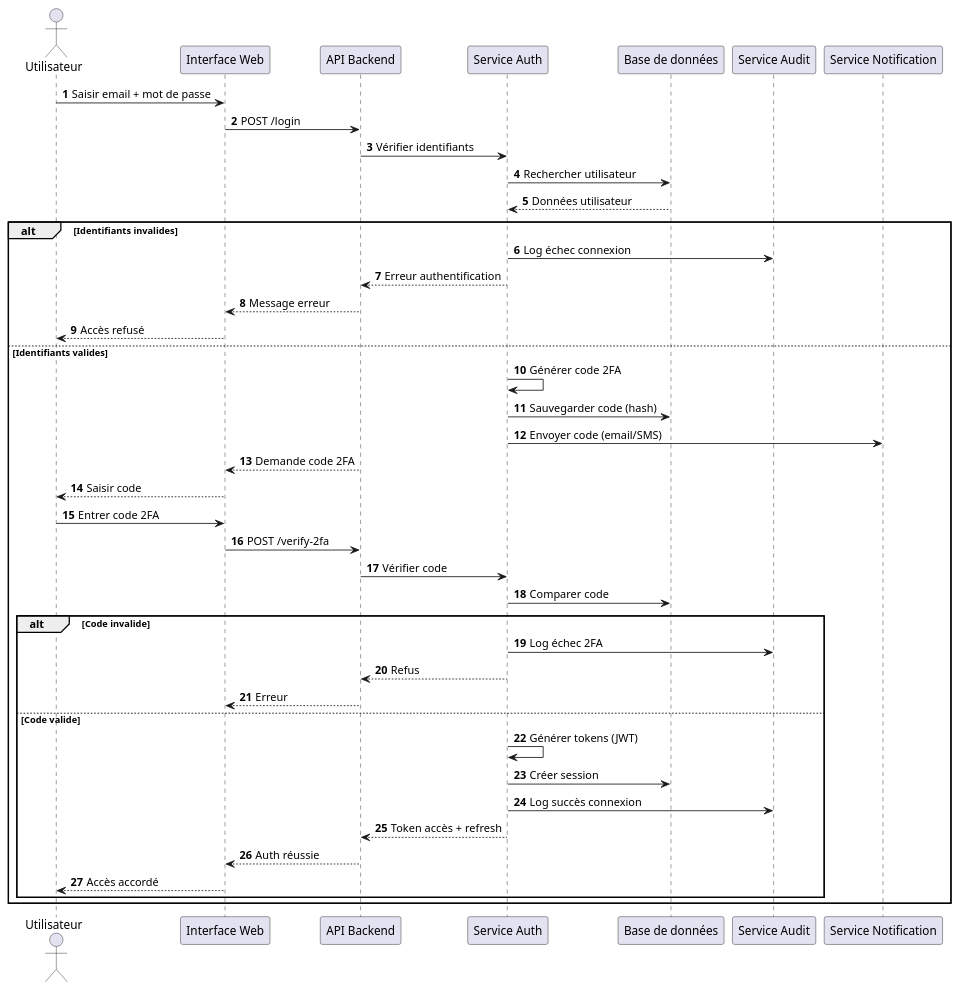
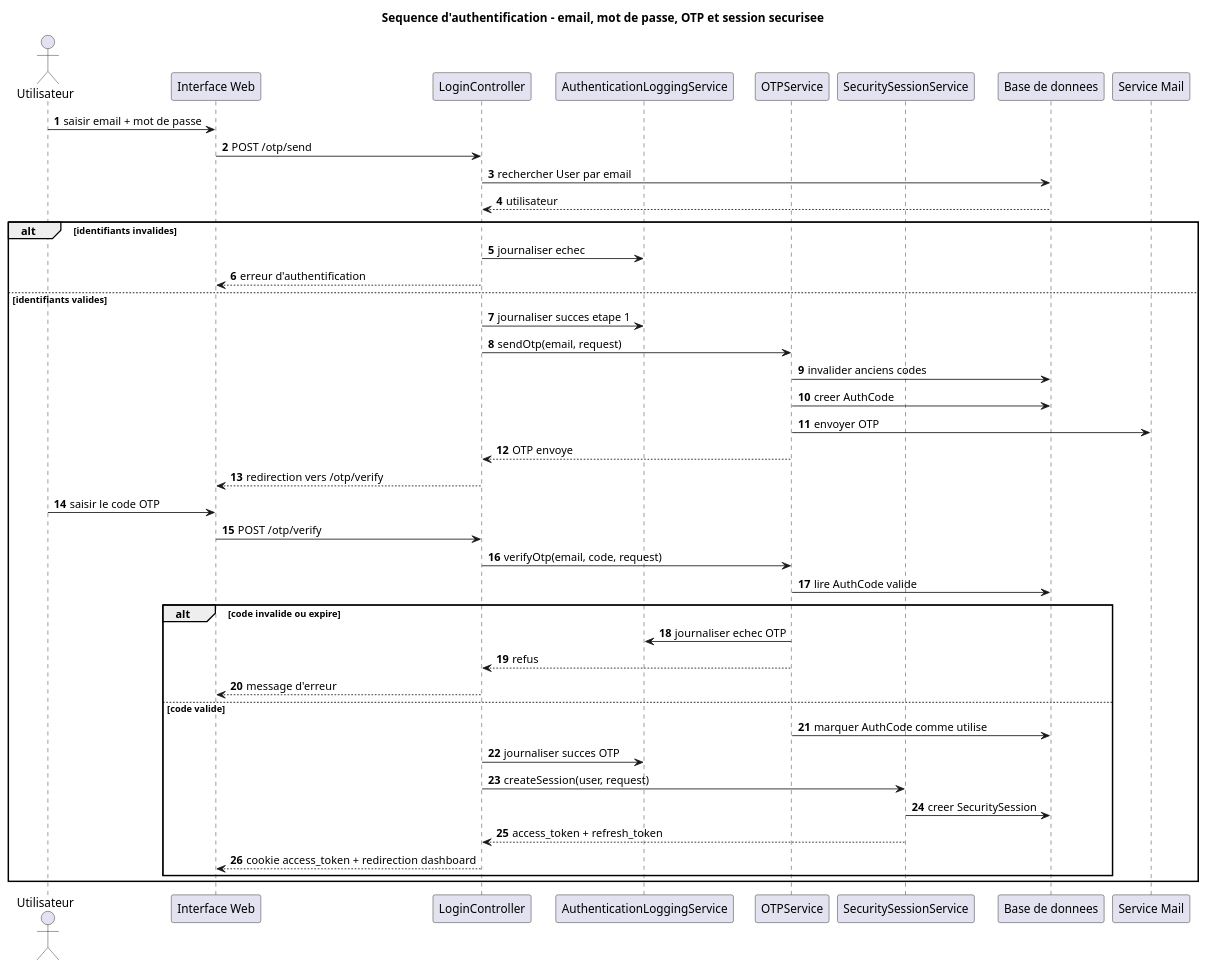
The diagram in public/UML/sequence/sequence-authentification.puml (Adolphe51/Projet-definitif-de-soutenance), drawn with PlantUML before and after one commit. The commit also changed 281 other files, not shown here.

```diff
--- a/public/UML/sequence/sequence-authentification.puml
+++ b/public/UML/sequence/sequence-authentification.puml
@@ -1,56 +1,51 @@
-@startuml
+@startuml CyberGuardSequenceAuthentification
 autonumber
+title Sequence d'authentification - email, mot de passe, OTP et session securisee
+
 actor "Utilisateur" as User
 participant "Interface Web" as UI
-participant "API Backend" as API
-participant "Service Auth" as Auth
-participant "Base de données" as DB
-participant "Service Audit" as Audit
-participant "Service Notification" as Notif
+participant "LoginController" as Login
+participant "AuthenticationLoggingService" as AuthLog
+participant "OTPService" as OTP
+participant "SecuritySessionService" as SessionService
+participant "Base de donnees" as DB
+participant "Service Mail" as Mail
 
-' ==============================
-' DEMANDE DE CONNEXION
-' ==============================
-User -> UI : Saisir email + mot de passe
-UI -> API : POST /login
+User -> UI : saisir email + mot de passe
+UI -> Login : POST /otp/send
 
-API -> Auth : Vérifier identifiants
-Auth -> DB : Rechercher utilisateur
-DB --> Auth : Données utilisateur
+Login -> DB : rechercher User par email
+DB --> Login : utilisateur
 
-alt Identifiants invalides
-    Auth -> Audit : Log échec connexion
-    Auth --> API : Erreur authentification
-    API --> UI : Message erreur
-    UI --> User : Accès refusé
-else Identifiants valides
-    Auth -> Auth : Générer code 2FA
-    Auth -> DB : Sauvegarder code (hash)
-    Auth -> Notif : Envoyer code (email/SMS)
+alt identifiants invalides
+  Login -> AuthLog : journaliser echec
+  Login --> UI : erreur d'authentification
+else identifiants valides
+  Login -> AuthLog : journaliser succes etape 1
+  Login -> OTP : sendOtp(email, request)
+  OTP -> DB : invalider anciens codes
+  OTP -> DB : creer AuthCode
+  OTP -> Mail : envoyer OTP
+  OTP --> Login : OTP envoye
+  Login --> UI : redirection vers /otp/verify
 
-    API --> UI : Demande code 2FA
-    UI --> User : Saisir code
+  User -> UI : saisir le code OTP
+  UI -> Login : POST /otp/verify
+  Login -> OTP : verifyOtp(email, code, request)
+  OTP -> DB : lire AuthCode valide
 
-    User -> UI : Entrer code 2FA
-    UI -> API : POST /verify-2fa
-
-    API -> Auth : Vérifier code
-    Auth -> DB : Comparer code
-
-    alt Code invalide
-        Auth -> Audit : Log échec 2FA
-        Auth --> API : Refus
-        API --> UI : Erreur
-    else Code valide
-        Auth -> Auth : Générer tokens (JWT)
-        Auth -> DB : Créer session
-
-        Auth -> Audit : Log succès connexion
-
-        Auth --> API : Token accès + refresh
-        API --> UI : Auth réussie
-        UI --> User : Accès accordé
-    end
+  alt code invalide ou expire
+    OTP -> AuthLog : journaliser echec OTP
+    OTP --> Login : refus
+    Login --> UI : message d'erreur
+  else code valide
+    OTP -> DB : marquer AuthCode comme utilise
+    Login -> AuthLog : journaliser succes OTP
+    Login -> SessionService : createSession(user, request)
+    SessionService -> DB : creer SecuritySession
+    SessionService --> Login : access_token + refresh_token
+    Login --> UI : cookie access_token + redirection dashboard
+  end
 end
 
 @enduml
```
